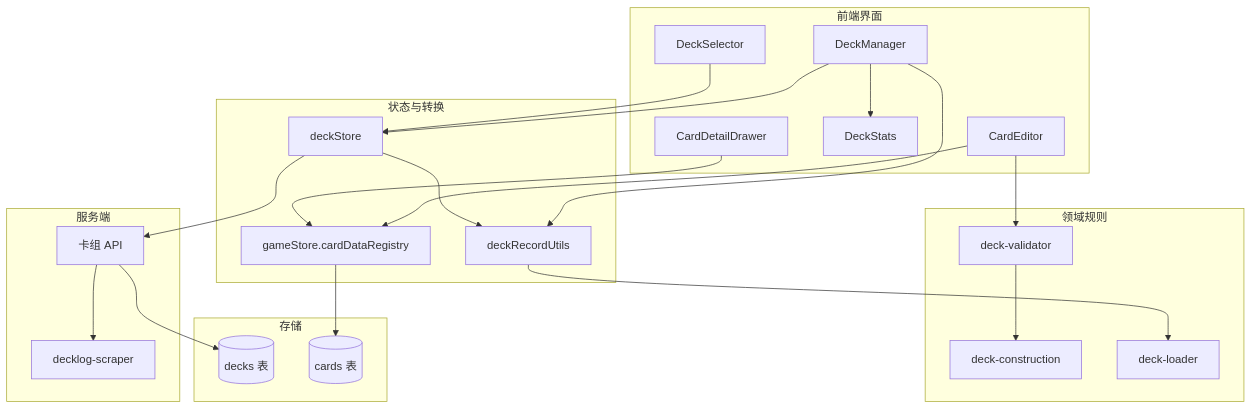
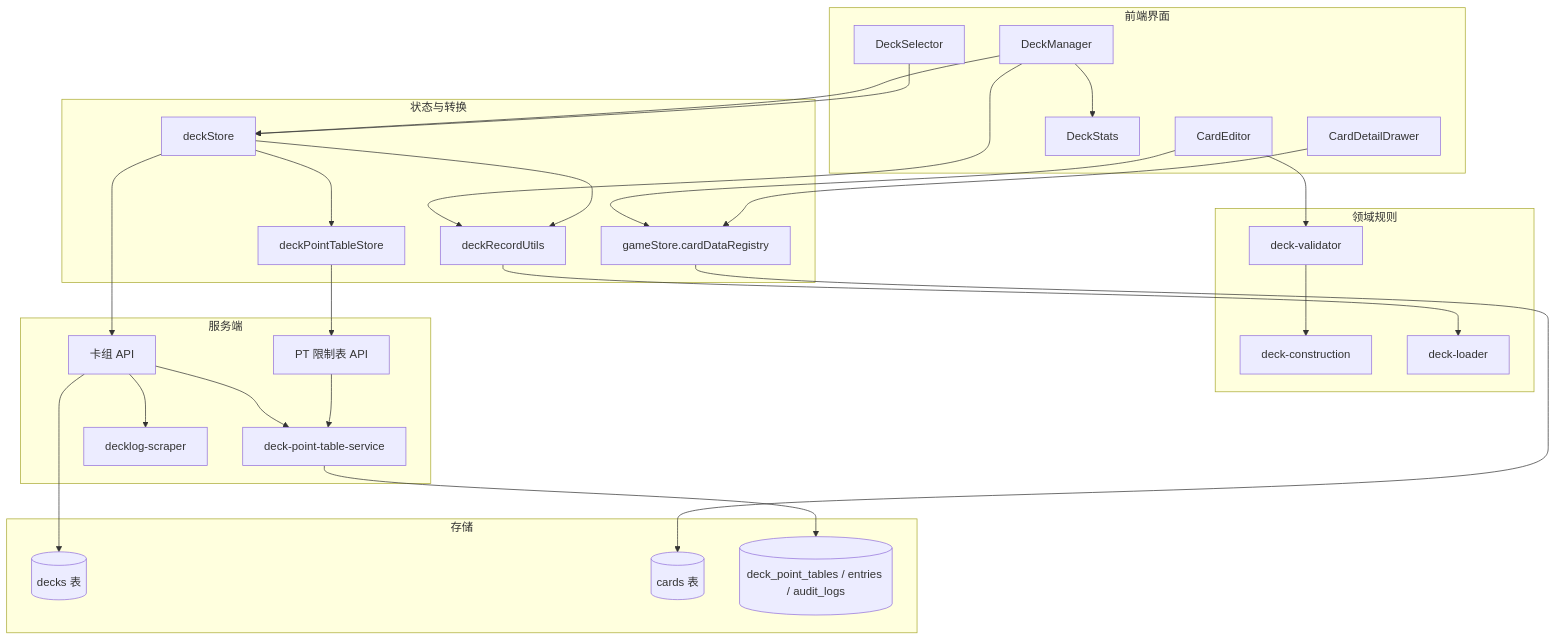
Before and after one commit to catmeow123456/loveca-dev: the first of 3 diagrams in docs/deck-management/design.md, drawn with Mermaid. The commit also changed other lines of this file and 76 other files, not shown here.

````diff
--- a/docs/deck-management/design.md
+++ b/docs/deck-management/design.md
@@ -22,47 +22,56 @@
 ```mermaid
 flowchart TB
     subgraph Frontend["前端界面"]
         Manager[DeckManager]
         Editor[CardEditor]
         Stats[DeckStats]
         Selector[DeckSelector]
         Detail[CardDetailDrawer]
     end
 
     subgraph State["状态与转换"]
         DeckStore[deckStore]
+        PointStore[deckPointTableStore]
         Converter[deckRecordUtils]
         Registry[gameStore.cardDataRegistry]
     end
 
     subgraph Domain["领域规则"]
         Validator[deck-validator]
         Construction[deck-construction]
         Loader[deck-loader]
     end
 
     subgraph Backend["服务端"]
         DeckRoutes[卡组 API]
+        PointRoutes[PT 限制表 API]
+        PointService[deck-point-table-service]
         DeckLog[decklog-scraper]
     end
 
     subgraph Storage["存储"]
         Decks[(decks 表)]
         Cards[(cards 表)]
+        PointTables[(deck_point_tables / entries / audit_logs)]
     end
 
     Manager --> DeckStore
     Manager --> Stats
     Manager --> Converter
     Editor --> Registry
     Editor --> Validator
     Selector --> DeckStore
     Detail --> Registry
     DeckStore --> Converter
+    DeckStore --> PointStore
     Converter --> Loader
     DeckStore --> DeckRoutes
     DeckRoutes --> Decks
     DeckRoutes --> DeckLog
+    DeckRoutes --> PointService
+    PointStore --> PointRoutes
+    PointRoutes --> PointService
+    PointService --> PointTables
     Registry --> Cards
     Validator --> Construction
 ```
````
